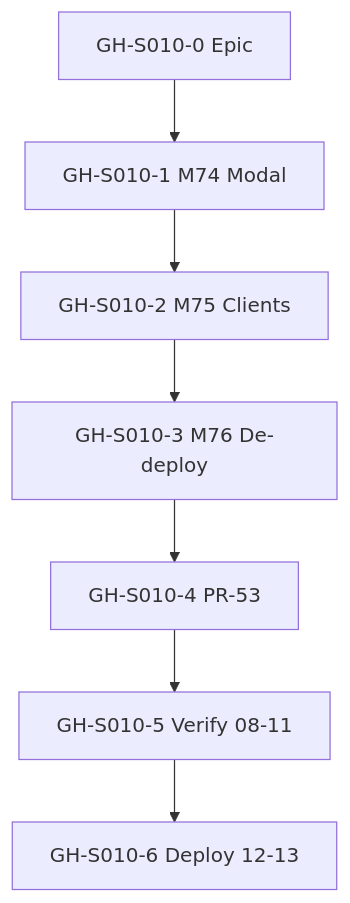
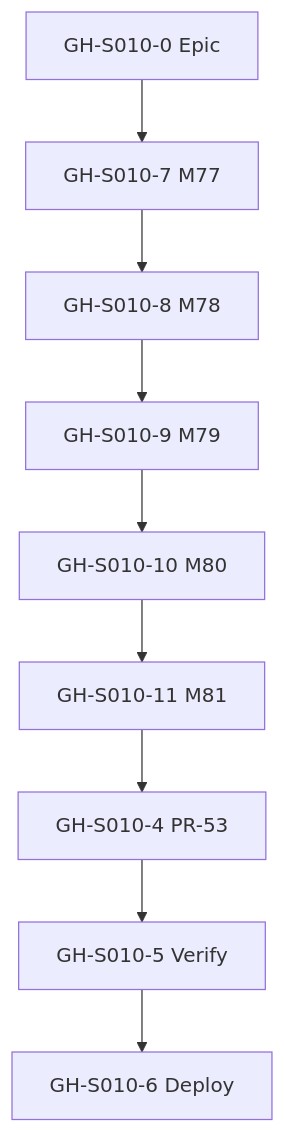
Before and after one commit to Math-Data-Justice-Collaborative/vecinita: the second of 4 diagrams in docs/sessions/S010-unify-llm-service/roadmap.md, drawn with Mermaid. The commit also changed other lines of this file and 166 other files, not shown here.

````diff
--- a/docs/sessions/S010-unify-llm-service/roadmap.md
+++ b/docs/sessions/S010-unify-llm-service/roadmap.md
@@ -116,12 +87,14 @@
 ```mermaid
 flowchart TB
   EPIC[GH-S010-0 Epic]
-  I1[GH-S010-1 M74 Modal]
-  I2[GH-S010-2 M75 Clients]
-  I3[GH-S010-3 M76 De-deploy]
+  I7[GH-S010-7 M77]
+  I8[GH-S010-8 M78]
+  I9[GH-S010-9 M79]
+  I10[GH-S010-10 M80]
+  I11[GH-S010-11 M81]
   GATE[GH-S010-4 PR-53]
-  VERIFY[GH-S010-5 Verify 08-11]
-  DEPLOY[GH-S010-6 Deploy 12-13]
+  VERIFY[GH-S010-5 Verify]
+  DEPLOY[GH-S010-6 Deploy]
 
-  EPIC --> I1 --> I2 --> I3 --> GATE --> VERIFY --> DEPLOY
+  EPIC --> I7 --> I8 --> I9 --> I10 --> I11 --> GATE --> VERIFY --> DEPLOY
 ```
````
